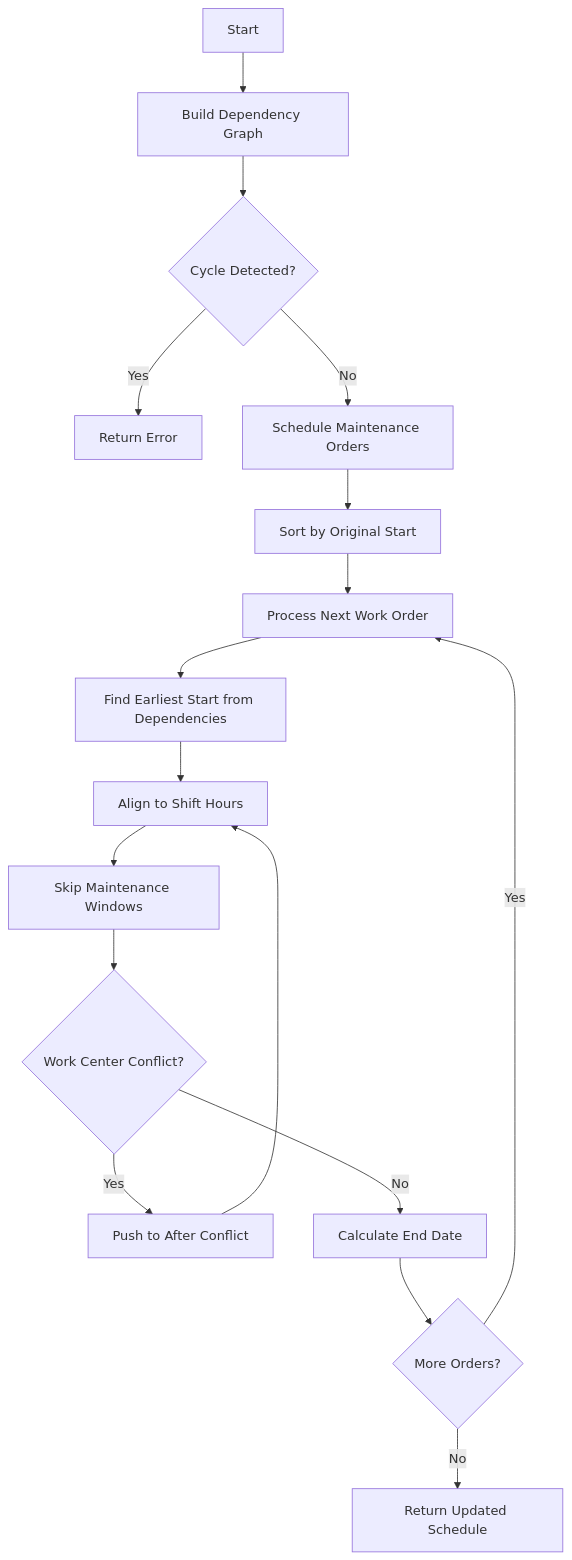
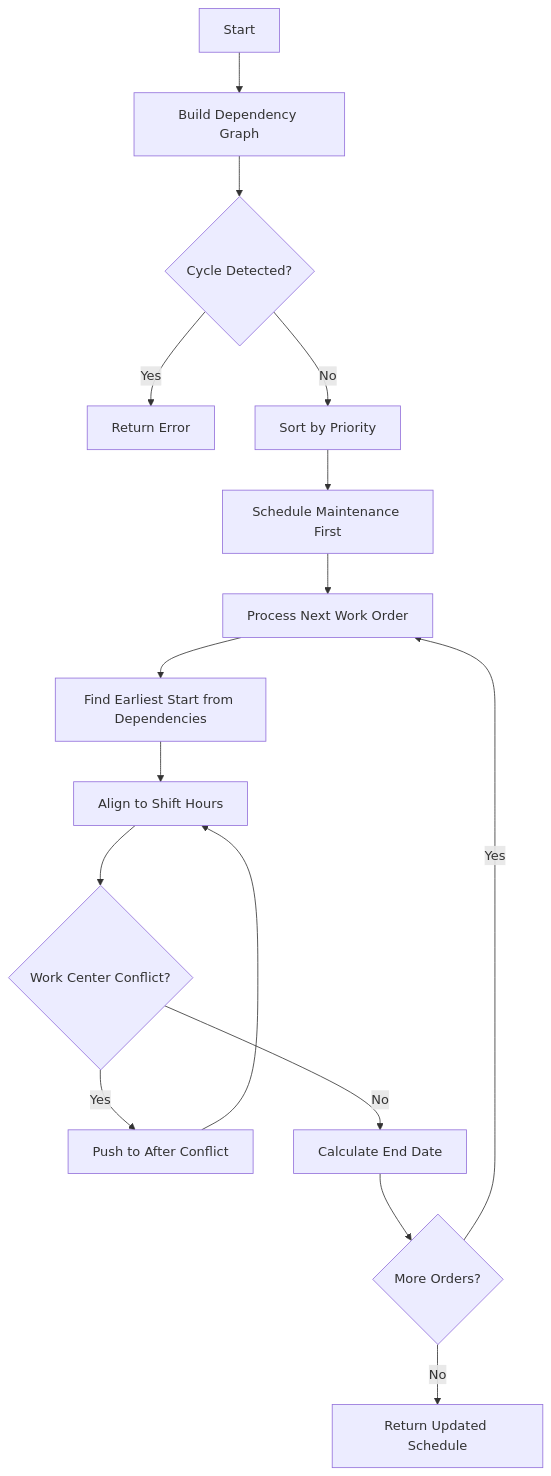
The second of 3 diagrams in README.md (stephekoo/production-scheduler), drawn with Mermaid before and after one commit. The commit also changed other lines of this file and 5 other files, not shown here.

Commit message:
add priority field to work orders (1-5, lower = higher priority)

````diff
--- a/README.md
+++ b/README.md
@@ -91,19 +97,18 @@
 ```mermaid
 flowchart TD
     A[Start] --> B[Build Dependency Graph]
     B --> C{Cycle Detected?}
     C -->|Yes| D[Return Error]
-    C -->|No| E[Schedule Maintenance Orders]
-    E --> F[Sort by Original Start]
+    C -->|No| E[Sort by Priority]
+    E --> F[Schedule Maintenance First]
     F --> G[Process Next Work Order]
     G --> H[Find Earliest Start from Dependencies]
     H --> I[Align to Shift Hours]
-    I --> J[Skip Maintenance Windows]
-    J --> K{Work Center Conflict?}
-    K -->|Yes| L[Push to After Conflict]
-    L --> I
-    K -->|No| M[Calculate End Date]
-    M --> N{More Orders?}
-    N -->|Yes| G
-    N -->|No| O[Return Updated Schedule]
+    I --> J{Work Center Conflict?}
+    J -->|Yes| K[Push to After Conflict]
+    K --> I
+    J -->|No| L[Calculate End Date]
+    L --> M{More Orders?}
+    M -->|Yes| G
+    M -->|No| N[Return Updated Schedule]
 ```
````
